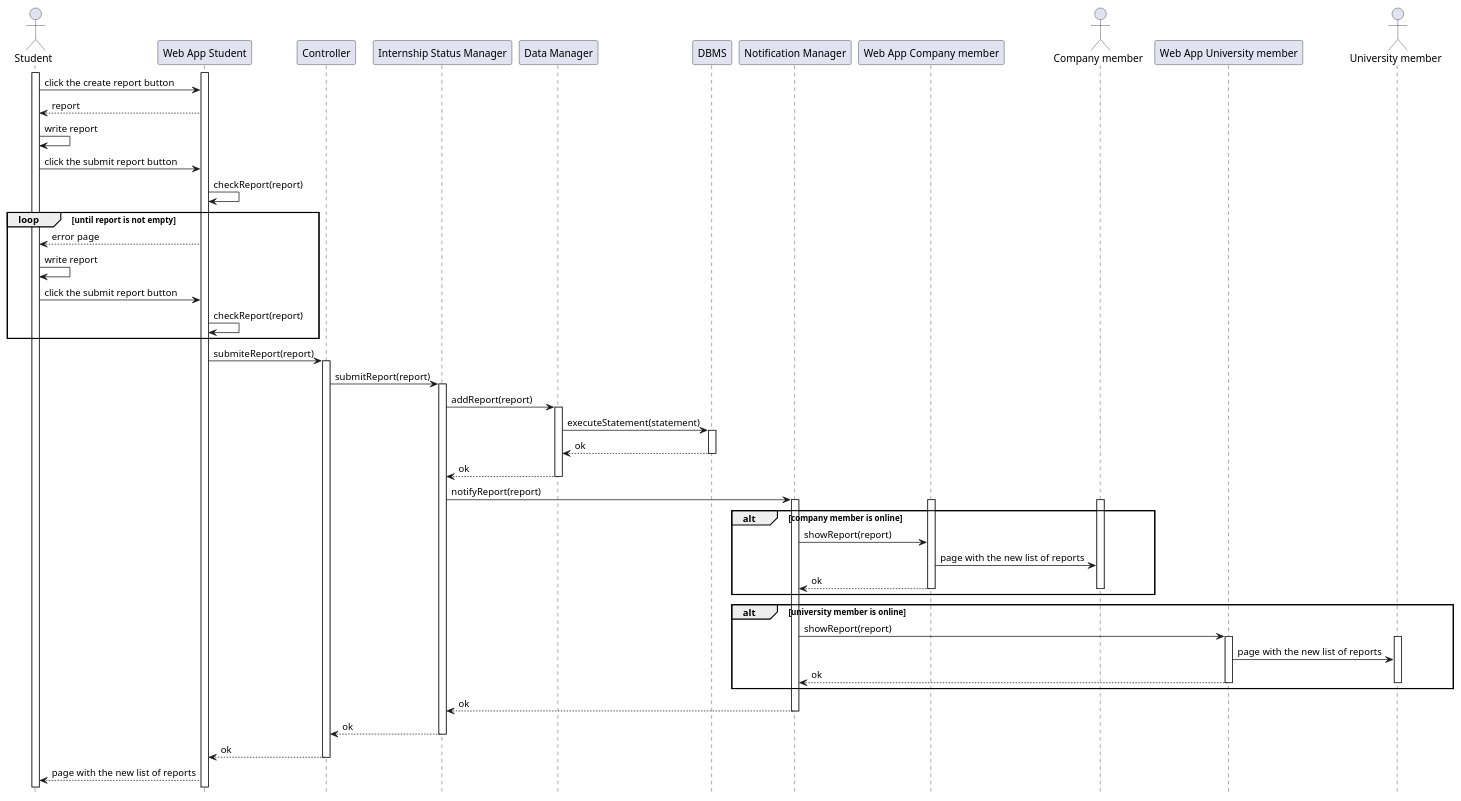
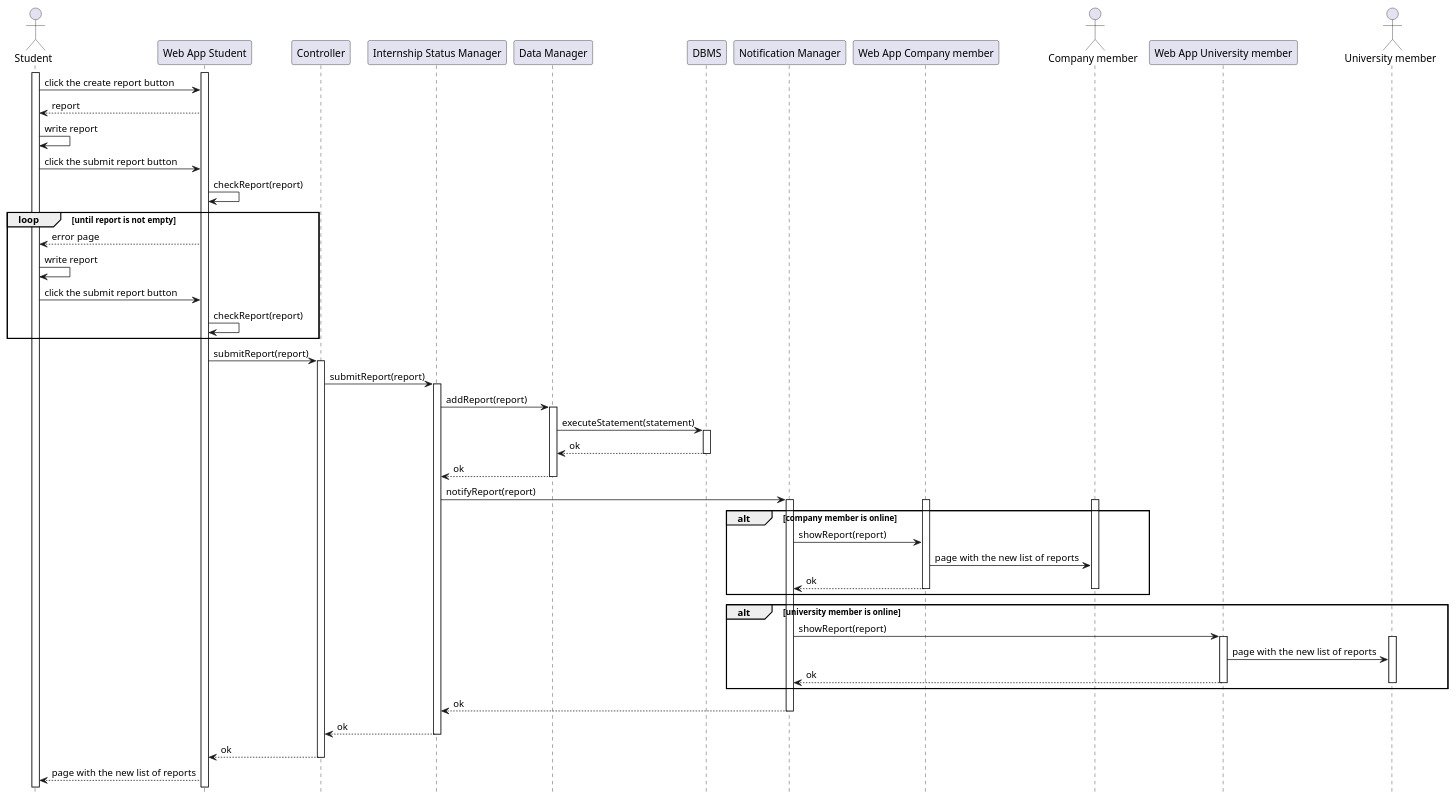
One commit to matti8702/R_and_DD_project_SE2 changed the diagram in DD/Architectural_design/uml_diagrams/RV24_diagram.puml. Above: the diagram before and after it, drawn with PlantUML. The commit also changed 3 other files, not shown here.

Commit message:
fix: typo in RV24 and RV25 diagrams

```diff
--- a/DD/Architectural_design/uml_diagrams/RV24_diagram.puml
+++ b/DD/Architectural_design/uml_diagrams/RV24_diagram.puml
@@ -1,68 +1,68 @@
 @startuml RV24_diagram
 hide footbox
 
 actor "Student" as ST
 participant "Web App Student" AS WAST
 participant "Controller" as C
 participant "Internship Status Manager" as IM
 participant "Data Manager" as DM
 participant "DBMS" as DB
 participant "Notification Manager" as NM
 participant "Web App Company member" AS WACM
 actor "Company member" as CM
 participant "Web App University member" AS WAUM
 actor "University member" AS UM
 
 activate ST
 activate WAST
 ST -> WAST : click the create report button
 WAST --> ST : report
 ST -> ST   : write report
 ST -> WAST : click the submit report button
 WAST -> WAST : checkReport(report)
 loop until report is not empty
     WAST --> ST : error page
     ST -> ST   : write report
     ST -> WAST : click the submit report button
     WAST -> WAST : checkReport(report)
 end
-WAST -> C : submiteReport(report)
+WAST -> C : submitReport(report)
 activate C
 C -> IM    : submitReport(report)
 activate IM
 IM -> DM : addReport(report)
 activate  DM
 DM -> DB : executeStatement(statement)
 activate DB
 DB --> DM : ok
 deactivate DB
 DM --> IM : ok
 deactivate DM
 IM -> NM : notifyReport(report)
 activate NM
 alt company member is online
     activate WACM
     activate CM
     NM -> WACM : showReport(report)
     WACM -> CM : page with the new list of reports
     WACM --> NM : ok
     deactivate WACM
     deactivate CM
 end 
 alt university member is online
     NM -> WAUM : showReport(report)
     activate WAUM
     activate UM
     WAUM -> UM : page with the new list of reports
     WAUM --> NM : ok
     deactivate WAUM
     deactivate UM
 end 
 NM --> IM : ok
 deactivate NM
 IM --> C : ok
 deactivate IM
 C --> WAST : ok 
 deactivate C
 WAST --> ST : page with the new list of reports
 @enduml
```
